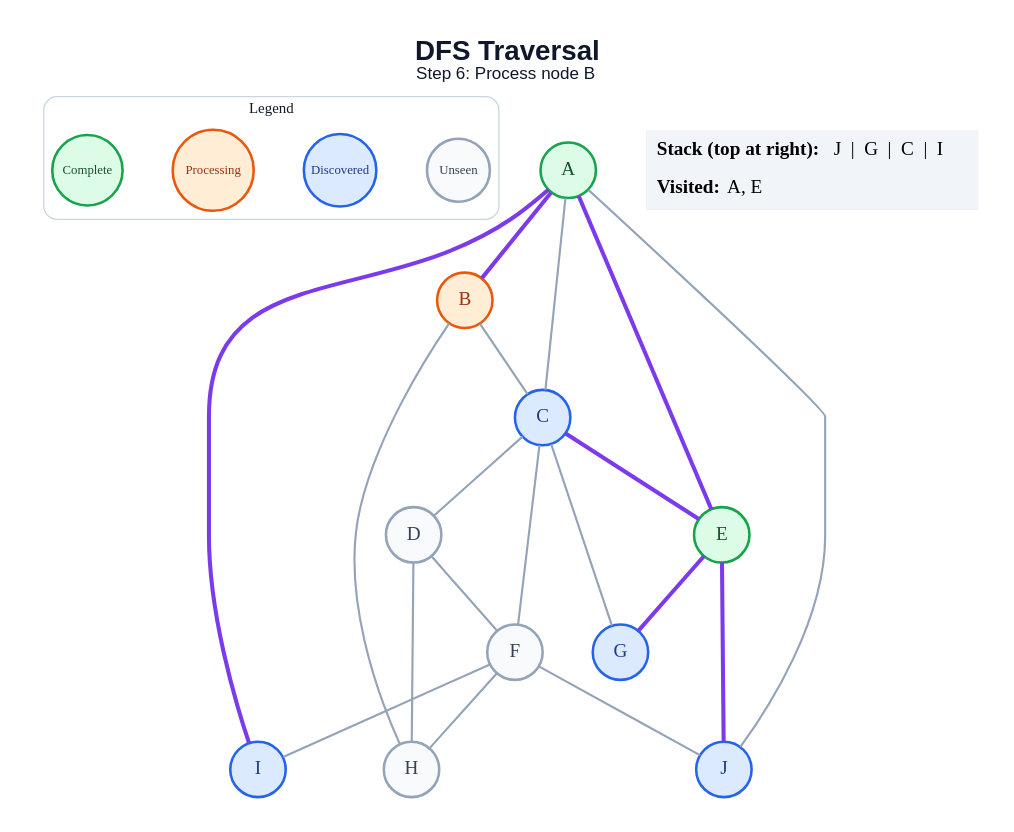
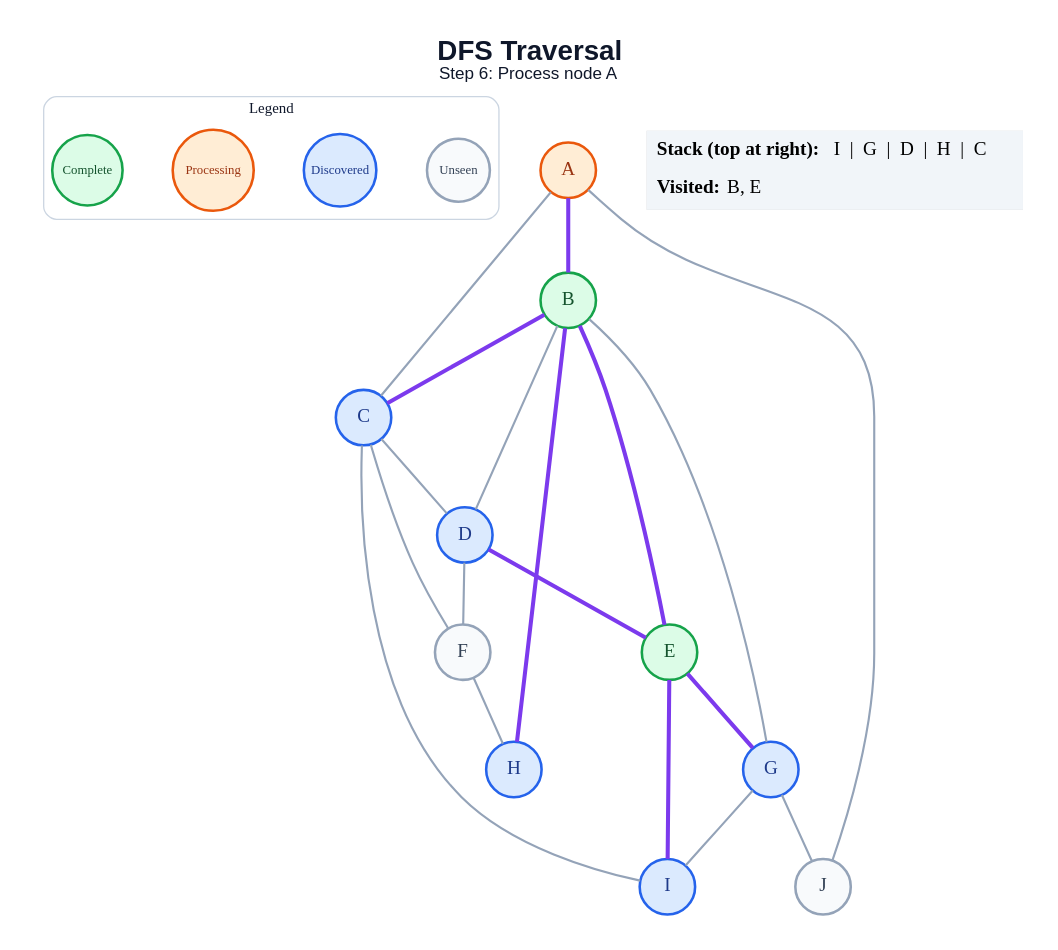
One commit to amanghodawala9/ai-slop changed the diagram in generated/specific-node/dfs/step_06.dot. Above: the diagram before and after it, drawn with Graphviz. The commit also changed 178 other files, not shown here.

```diff
--- a/generated/specific-node/dfs/step_06.dot
+++ b/generated/specific-node/dfs/step_06.dot
@@ -1,47 +1,47 @@
 graph traversal {
   graph [layout=dot, rankdir=TB, bgcolor="#FFFFFF", pad="0.35", nodesep="0.65", ranksep="0.8", fontname="Arial"];
   node [shape=circle, style="filled", fontname="Arial Bold", fontsize=18, width=0.72, fixedsize=true, penwidth=2.4];
   edge [color="#94A3B8", penwidth=2.0];
-  label=<<B>DFS Traversal</B><BR/><FONT POINT-SIZE="16">Step 6: Process node B</FONT>>; labelloc="t"; fontsize=26; fontname="Arial"; fontcolor="#0F172A";
+  label=<<B>DFS Traversal</B><BR/><FONT POINT-SIZE="16">Step 6: Process node A</FONT>>; labelloc="t"; fontsize=26; fontname="Arial"; fontcolor="#0F172A";
   subgraph cluster_legend { label="Legend"; color="#CBD5E1"; penwidth=1.2; style="rounded"; fontsize=14; fontname="Arial Bold";
     key_unseen [label="Unseen", fillcolor="#F8FAFC", color="#94A3B8", fontcolor="#334155", fontsize=12, width=0.82];
     key_frontier [label="Discovered", fillcolor="#DBEAFE", color="#2563EB", fontcolor="#1E3A8A", fontsize=12, width=0.95];
     key_current [label="Processing", fillcolor="#FFEDD5", color="#EA580C", fontcolor="#9A3412", fontsize=12, width=1.05];
     key_done [label="Complete", fillcolor="#DCFCE7", color="#16A34A", fontcolor="#14532D", fontsize=12, width=0.92];
     { rank=same; key_unseen; key_frontier; key_current; key_done; }
   }
-  A [fillcolor="#DCFCE7", color="#16A34A", fontcolor="#14532D"];
-  B [fillcolor="#FFEDD5", color="#EA580C", fontcolor="#9A3412"];
+  A [fillcolor="#FFEDD5", color="#EA580C", fontcolor="#9A3412"];
+  B [fillcolor="#DCFCE7", color="#16A34A", fontcolor="#14532D"];
   C [fillcolor="#DBEAFE", color="#2563EB", fontcolor="#1E3A8A"];
-  D [fillcolor="#F8FAFC", color="#94A3B8", fontcolor="#334155"];
+  D [fillcolor="#DBEAFE", color="#2563EB", fontcolor="#1E3A8A"];
   E [fillcolor="#DCFCE7", color="#16A34A", fontcolor="#14532D"];
   F [fillcolor="#F8FAFC", color="#94A3B8", fontcolor="#334155"];
   G [fillcolor="#DBEAFE", color="#2563EB", fontcolor="#1E3A8A"];
-  H [fillcolor="#F8FAFC", color="#94A3B8", fontcolor="#334155"];
+  H [fillcolor="#DBEAFE", color="#2563EB", fontcolor="#1E3A8A"];
   I [fillcolor="#DBEAFE", color="#2563EB", fontcolor="#1E3A8A"];
-  J [fillcolor="#DBEAFE", color="#2563EB", fontcolor="#1E3A8A"];
+  J [fillcolor="#F8FAFC", color="#94A3B8", fontcolor="#334155"];
   A -- B [color="#7C3AED", penwidth=3.8];
   A -- C;
-  A -- E [color="#7C3AED", penwidth=3.8];
-  A -- I [color="#7C3AED", penwidth=3.8];
   A -- J;
-  B -- C;
-  B -- H;
+  B -- C [color="#7C3AED", penwidth=3.8];
+  B -- D;
+  B -- E [color="#7C3AED", penwidth=3.8];
+  B -- G;
+  B -- H [color="#7C3AED", penwidth=3.8];
   C -- D;
-  C -- E [color="#7C3AED", penwidth=3.8];
   C -- F;
-  C -- G;
+  C -- I;
+  D -- E [color="#7C3AED", penwidth=3.8];
   D -- F;
-  D -- H;
   E -- G [color="#7C3AED", penwidth=3.8];
-  E -- J [color="#7C3AED", penwidth=3.8];
+  E -- I [color="#7C3AED", penwidth=3.8];
   F -- H;
-  F -- I;
-  F -- J;
+  G -- I;
+  G -- J;
   status [shape=plain, fixedsize=false, width=0, height=0, margin=0, label=<
     <TABLE BORDER="0" CELLBORDER="0" CELLPADDING="7" BGCOLOR="#F1F5F9">
-      <TR><TD ALIGN="LEFT"><B>Stack (top at right):</B> J  |  G  |  C  |  I</TD></TR>
-      <TR><TD ALIGN="LEFT"><B>Visited:</B> A, E</TD></TR>
+      <TR><TD ALIGN="LEFT"><B>Stack (top at right):</B> I  |  G  |  D  |  H  |  C</TD></TR>
+      <TR><TD ALIGN="LEFT"><B>Visited:</B> B, E</TD></TR>
     </TABLE>
   >];
 }
```
